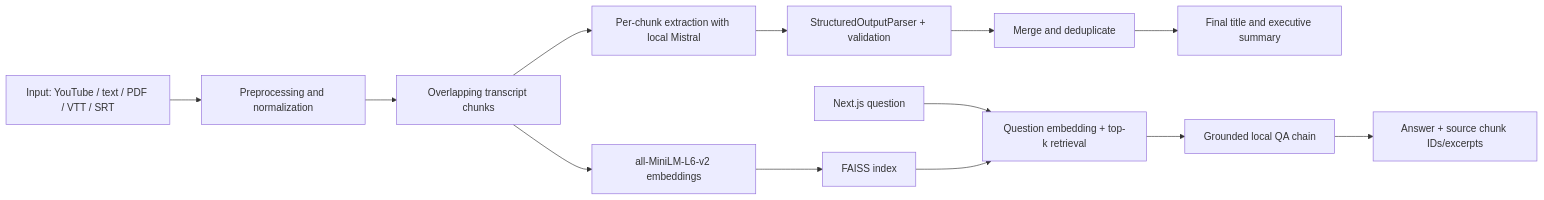
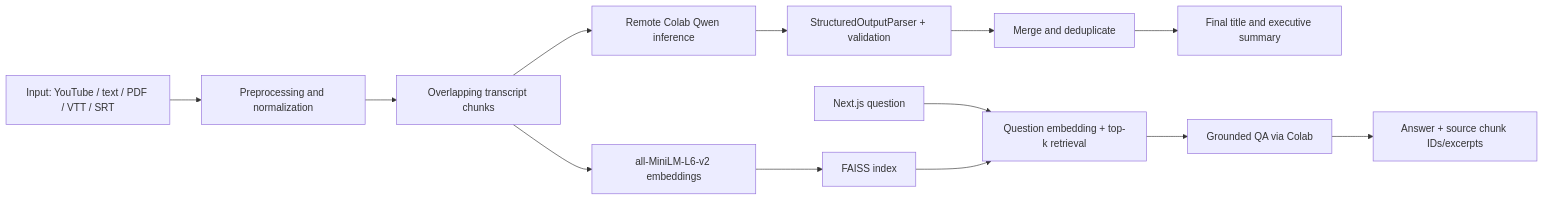
The diagram in README.md (ROMEO-Eng/MeetingMind-), drawn with Mermaid before and after one commit. The commit also changed other lines of this file and 29 other files, not shown here.

````diff
--- a/README.md
+++ b/README.md
@@ -38,15 +37,15 @@
 ```mermaid
 flowchart LR
     I[Input: YouTube / text / PDF / VTT / SRT] --> P[Preprocessing and normalization]
     P --> C[Overlapping transcript chunks]
-    C --> E[Per-chunk extraction with local Mistral]
+    C --> E[Remote Colab Qwen inference]
     E --> S[StructuredOutputParser + validation]
     S --> M[Merge and deduplicate]
     M --> F[Final title and executive summary]
     C --> V[all-MiniLM-L6-v2 embeddings]
     V --> X[FAISS index]
     Q[Next.js question] --> R[Question embedding + top-k retrieval]
     X --> R
-    R --> G[Grounded local QA chain]
+    R --> G[Grounded QA via Colab]
     G --> A[Answer + source chunk IDs/excerpts]
 ```
````
